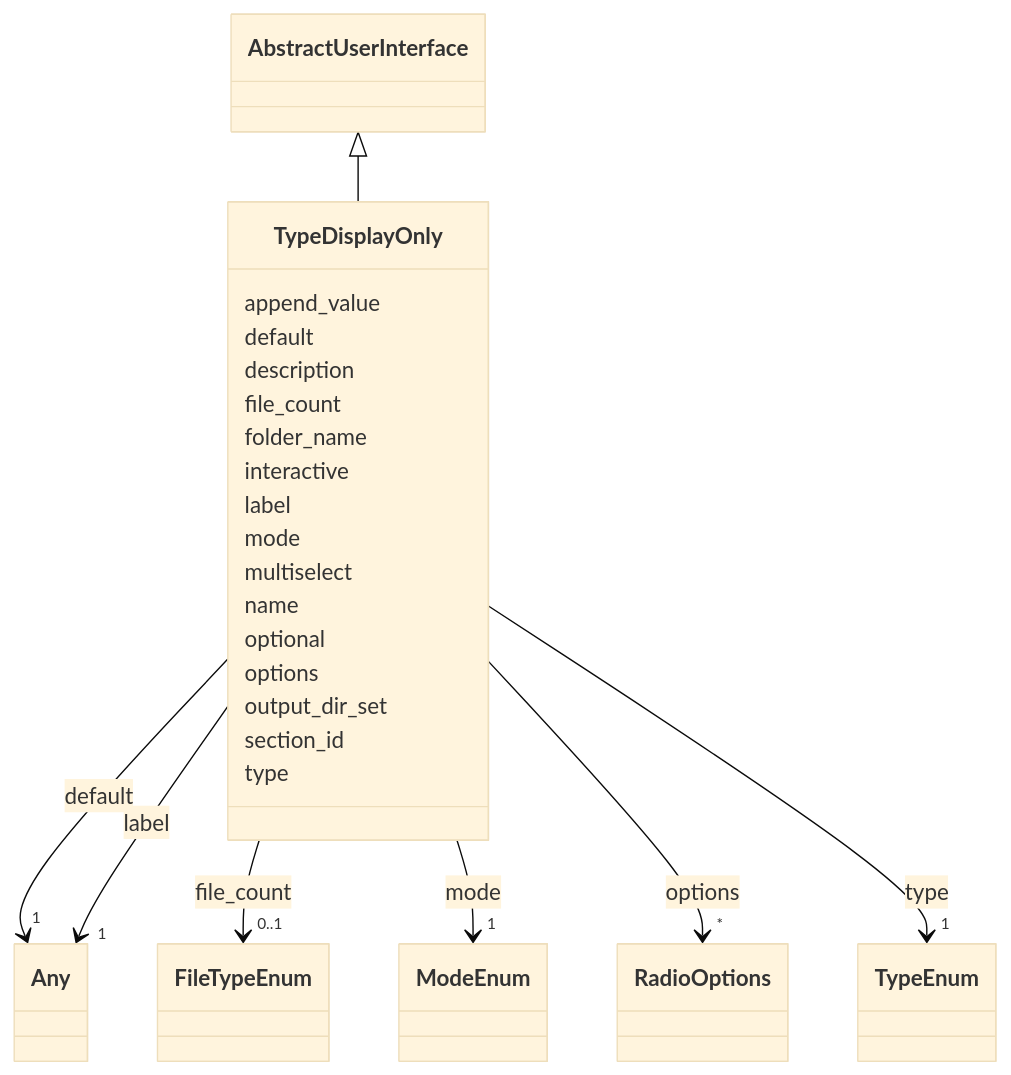
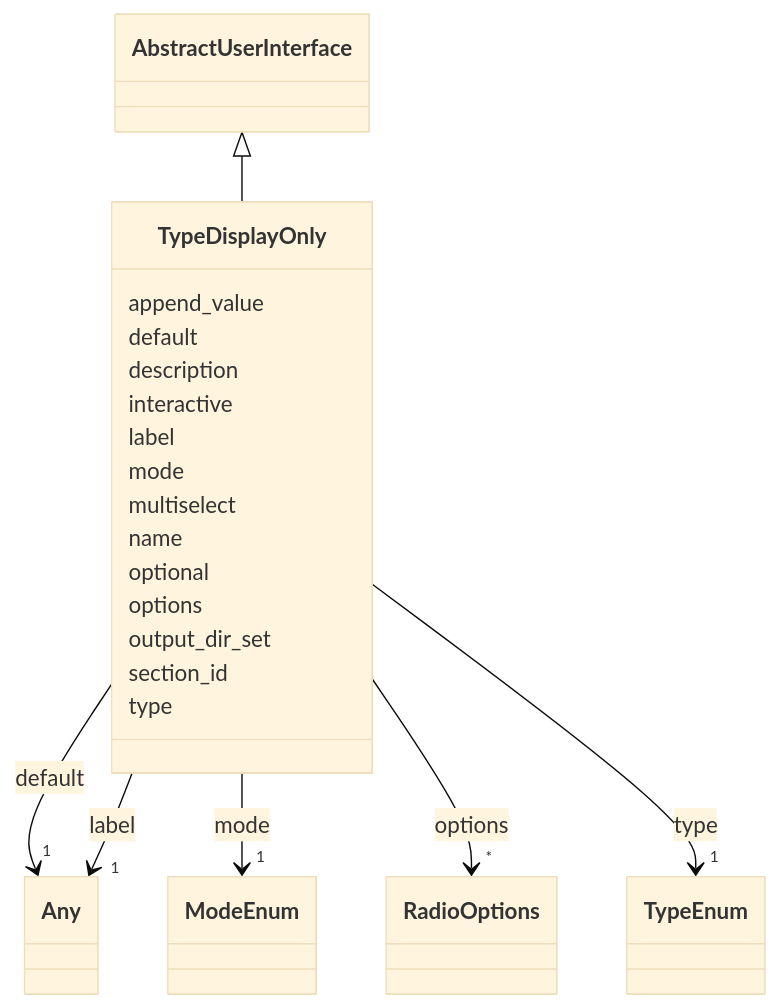
One commit to bilayer-containers/bilayers changed the diagram in docs/developer/TypeDisplayOnly.md. Above: the diagram before and after it, drawn with Mermaid (base theme). The commit also changed other lines of this file and 94 other files, not shown here.

````diff
--- a/docs/developer/TypeDisplayOnly.md
+++ b/docs/developer/TypeDisplayOnly.md
@@ -19,81 +19,70 @@
 ```mermaid
  classDiagram
     class TypeDisplayOnly
     click TypeDisplayOnly href "../TypeDisplayOnly"
       AbstractUserInterface <|-- TypeDisplayOnly
         click AbstractUserInterface href "../AbstractUserInterface"
       
       TypeDisplayOnly : append_value
         
       TypeDisplayOnly : default
         
           
     
     
     TypeDisplayOnly --> "1" Any : default
     click Any href "../Any"
 
         
       TypeDisplayOnly : description
-        
-      TypeDisplayOnly : file_count
-        
-          
-    
-    
-    TypeDisplayOnly --> "0..1" FileTypeEnum : file_count
-    click FileTypeEnum href "../FileTypeEnum"
-
-        
-      TypeDisplayOnly : folder_name
         
       TypeDisplayOnly : interactive
         
       TypeDisplayOnly : label
         
           
     
     
     TypeDisplayOnly --> "1" Any : label
     click Any href "../Any"
 
         
       TypeDisplayOnly : mode
         
           
     
     
     TypeDisplayOnly --> "1" ModeEnum : mode
     click ModeEnum href "../ModeEnum"
 
         
       TypeDisplayOnly : multiselect
         
       TypeDisplayOnly : name
         
       TypeDisplayOnly : optional
         
       TypeDisplayOnly : options
         
           
     
     
     TypeDisplayOnly --> "*" RadioOptions : options
     click RadioOptions href "../RadioOptions"
 
         
       TypeDisplayOnly : output_dir_set
         
       TypeDisplayOnly : section_id
         
       TypeDisplayOnly : type
         
           
     
     
     TypeDisplayOnly --> "1" TypeEnum : type
     click TypeEnum href "../TypeEnum"
 
         
       
 ```
````
